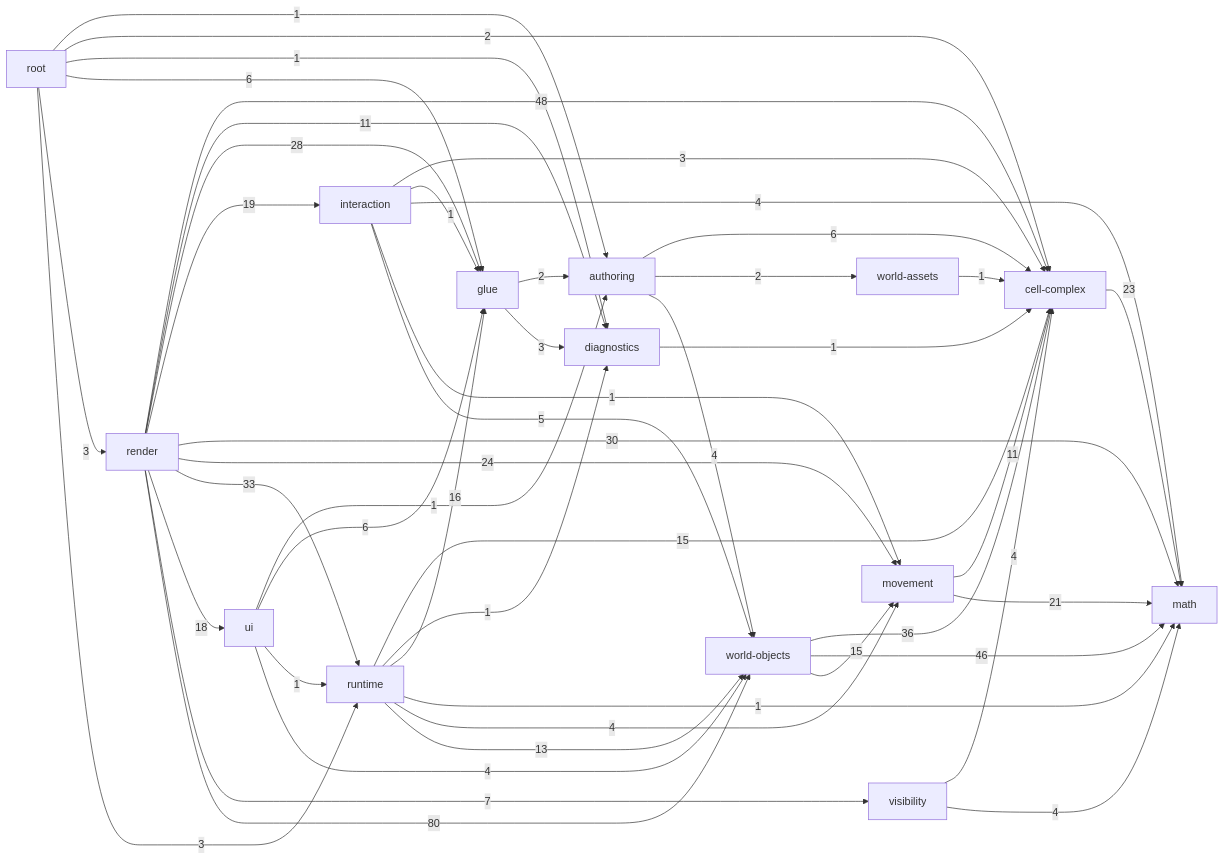
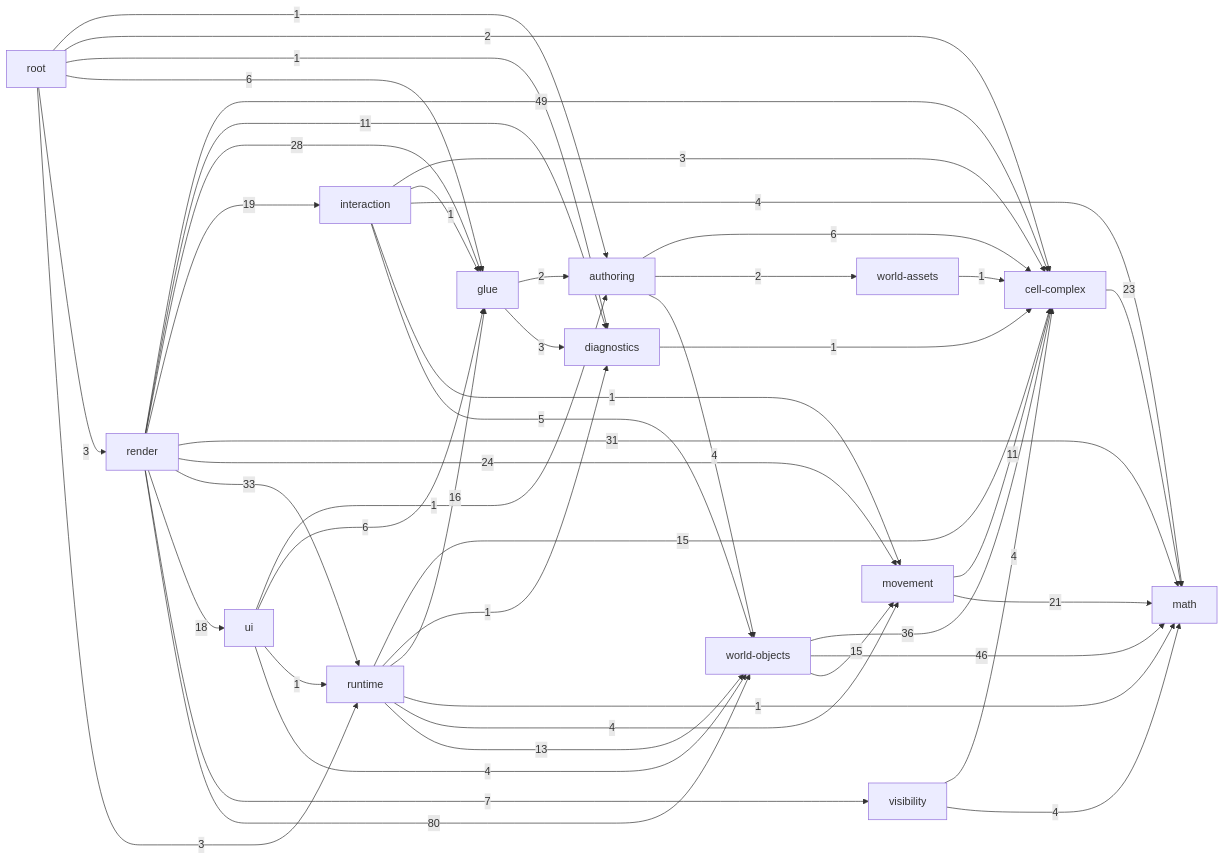
Before and after one commit to guraltsev/noneuclid-fpv: the diagram in _docs/generated/ARCHITECTURE_REFERENCE.md, drawn with Mermaid. The commit also changed other lines of this file and 6 other files, not shown here.

````diff
--- a/_docs/generated/ARCHITECTURE_REFERENCE.md
+++ b/_docs/generated/ARCHITECTURE_REFERENCE.md
@@ -35,63 +35,63 @@
 ```mermaid
 flowchart LR
   math["math"]
   cell_complex["cell-complex"]
   diagnostics["diagnostics"]
   visibility["visibility"]
   movement["movement"]
   world_assets["world-assets"]
   world_objects["world-objects"]
   authoring["authoring"]
   glue["glue"]
   interaction["interaction"]
   runtime["runtime"]
   ui["ui"]
   render["render"]
   root["root"]
   authoring -->|6| cell_complex
   authoring -->|2| world_assets
   authoring -->|4| world_objects
   cell_complex -->|23| math
   diagnostics -->|1| cell_complex
   glue -->|2| authoring
   glue -->|3| diagnostics
   interaction -->|3| cell_complex
   interaction -->|1| glue
   interaction -->|4| math
   interaction -->|1| movement
   interaction -->|5| world_objects
   movement -->|11| cell_complex
   movement -->|21| math
-  render -->|48| cell_complex
+  render -->|49| cell_complex
   render -->|11| diagnostics
   render -->|28| glue
   render -->|19| interaction
-  render -->|30| math
+  render -->|31| math
   render -->|24| movement
   render -->|33| runtime
   render -->|18| ui
   render -->|7| visibility
   render -->|80| world_objects
   root -->|1| authoring
   root -->|2| cell_complex
   root -->|1| diagnostics
   root -->|6| glue
   root -->|3| render
   root -->|3| runtime
   runtime -->|15| cell_complex
   runtime -->|1| diagnostics
   runtime -->|16| glue
   runtime -->|1| math
   runtime -->|4| movement
   runtime -->|13| world_objects
   ui -->|1| authoring
   ui -->|6| glue
   ui -->|1| runtime
   ui -->|4| world_objects
   visibility -->|4| cell_complex
   visibility -->|4| math
   world_assets -->|1| cell_complex
   world_objects -->|36| cell_complex
   world_objects -->|46| math
   world_objects -->|15| movement
 ```
````
